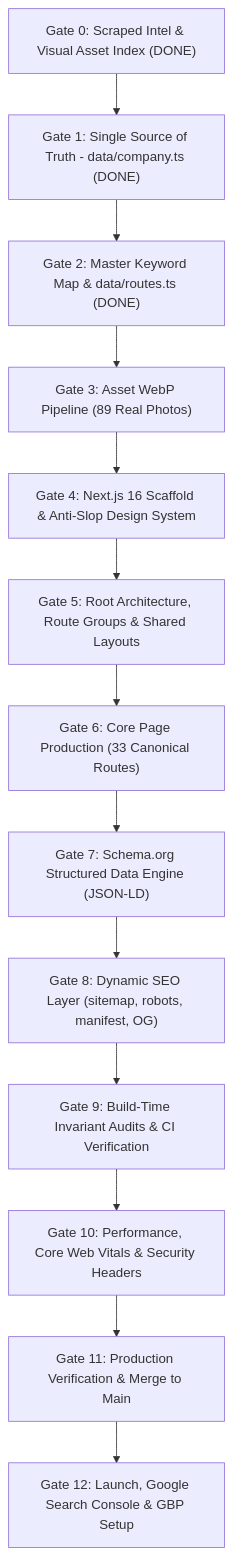
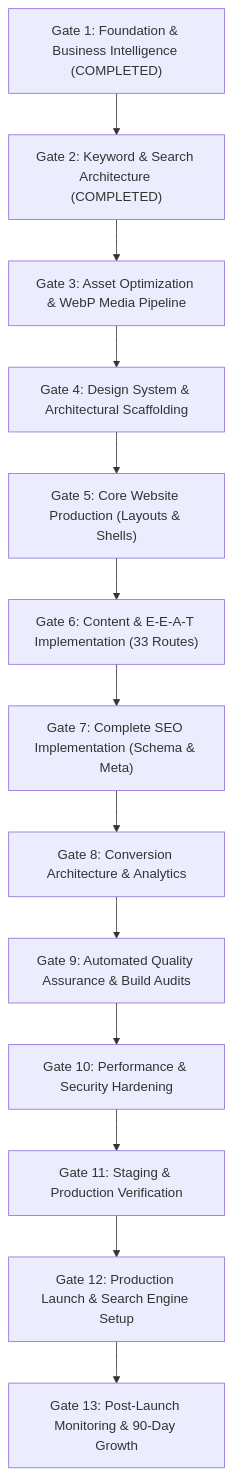
One commit to Deep-0208/minerals-solutions changed the diagram in production-roadmap.md. Above: the diagram before and after it, drawn with Mermaid. The commit also changed other lines of this file and 3 other files, not shown here.

Commit message:
docs: upgrade Minerals Solutions production roadmap and SEO quality gates

````diff
--- a/production-roadmap.md
+++ b/production-roadmap.md
@@ -12,15 +14,15 @@
 ```mermaid
 flowchart TD
-    G0["Gate 0: Scraped Intel & Visual Asset Index (DONE)"] --> G1["Gate 1: Single Source of Truth - data/company.ts (DONE)"]
-    G1 --> G2["Gate 2: Master Keyword Map & data/routes.ts (DONE)"]
-    G2 --> G3["Gate 3: Asset WebP Pipeline (89 Real Photos)"]
-    G3 --> G4["Gate 4: Next.js 16 Scaffold & Anti-Slop Design System"]
-    G4 --> G5["Gate 5: Root Architecture, Route Groups & Shared Layouts"]
-    G5 --> G6["Gate 6: Core Page Production (33 Canonical Routes)"]
-    G6 --> G7["Gate 7: Schema.org Structured Data Engine (JSON-LD)"]
-    G7 --> G8["Gate 8: Dynamic SEO Layer (sitemap, robots, manifest, OG)"]
-    G8 --> G9["Gate 9: Build-Time Invariant Audits & CI Verification"]
-    G9 --> G10["Gate 10: Performance, Core Web Vitals & Security Headers"]
-    G10 --> G11["Gate 11: Production Verification & Merge to Main"]
-    G11 --> G12["Gate 12: Launch, Google Search Console & GBP Setup"]
+    G1["Gate 1: Foundation & Business Intelligence (COMPLETED)"] --> G2["Gate 2: Keyword & Search Architecture (COMPLETED)"]
+    G2 --> G3["Gate 3: Asset Optimization & WebP Media Pipeline"]
+    G3 --> G4["Gate 4: Design System & Architectural Scaffolding"]
+    G4 --> G5["Gate 5: Core Website Production (Layouts & Shells)"]
+    G5 --> G6["Gate 6: Content & E-E-A-T Implementation (33 Routes)"]
+    G6 --> G7["Gate 7: Complete SEO Implementation (Schema & Meta)"]
+    G7 --> G8["Gate 8: Conversion Architecture & Analytics"]
+    G8 --> G9["Gate 9: Automated Quality Assurance & Build Audits"]
+    G9 --> G10["Gate 10: Performance & Security Hardening"]
+    G10 --> G11["Gate 11: Staging & Production Verification"]
+    G11 --> G12["Gate 12: Production Launch & Search Engine Setup"]
+    G12 --> G13["Gate 13: Post-Launch Monitoring & 90-Day Growth"]
 ```
````
